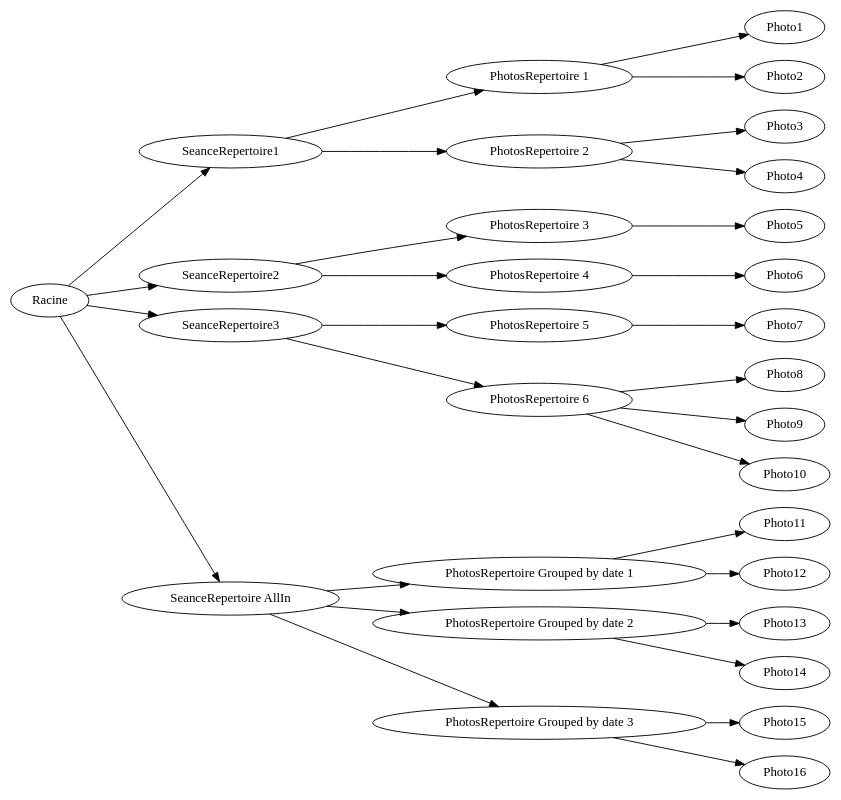
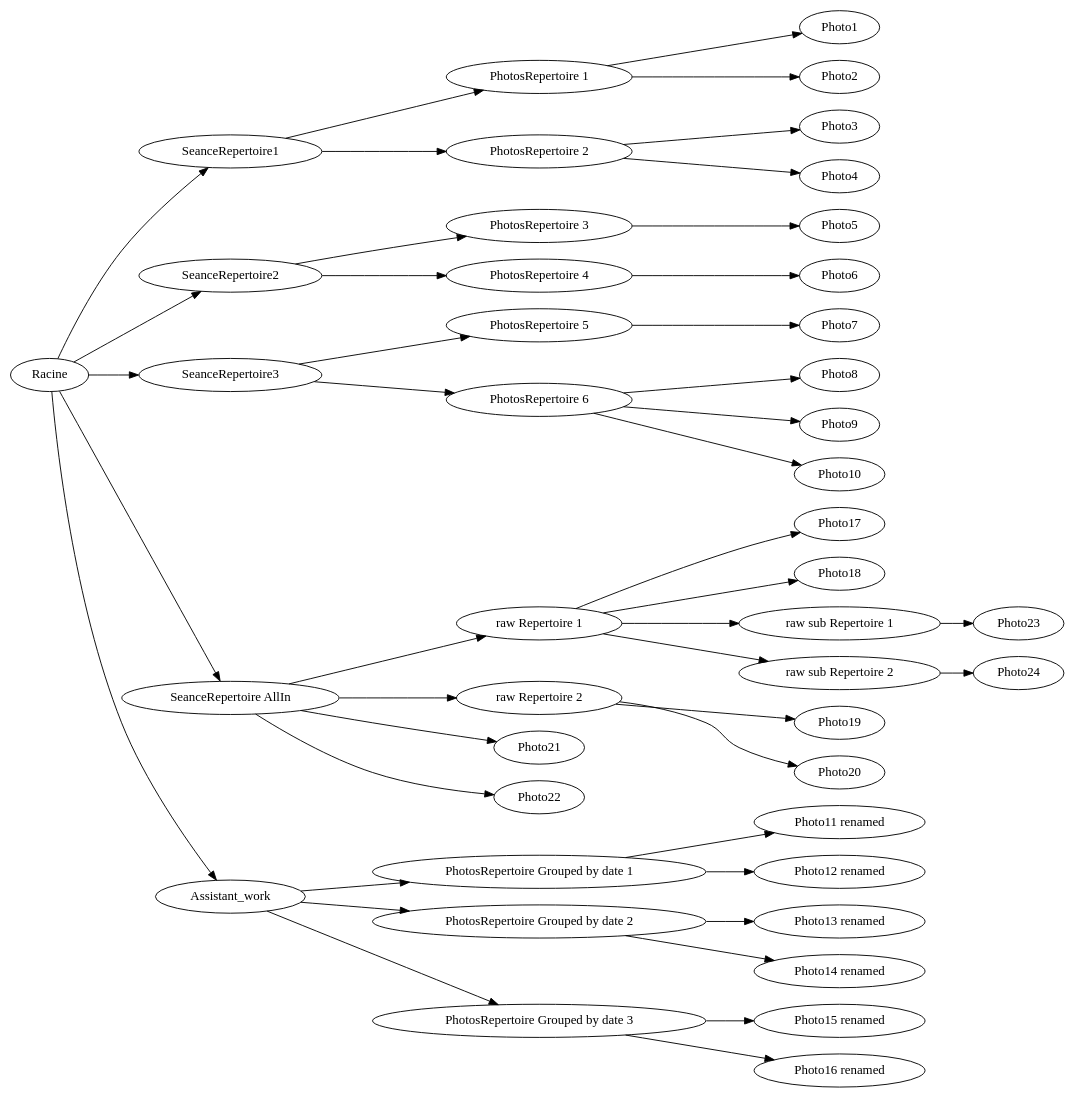
The diagram in AssistantPhoto/src/main/java/com/malicia/mrg/assistant/photo/repertoire/Structure_Repertoire_Photo.dot (maliciamrg/AssistantPhoto), drawn with Graphviz before and after one commit. The commit also changed 9 other files, not shown here.

Commit message:
reorg param + work_assistant

```diff
--- a/AssistantPhoto/src/main/java/com/malicia/mrg/assistant/photo/repertoire/Structure_Repertoire_Photo.dot
+++ b/AssistantPhoto/src/main/java/com/malicia/mrg/assistant/photo/repertoire/Structure_Repertoire_Photo.dot
@@ -1,34 +1,47 @@
 digraph repertoire_architecture {
     rankdir = LR;
 // Define edges between the components
 "Racine" -> "SeanceRepertoire1"
 "Racine" -> "SeanceRepertoire2"
 "Racine" -> "SeanceRepertoire3"
 "Racine" -> "SeanceRepertoire AllIn"
 "SeanceRepertoire1" -> "PhotosRepertoire 1"
 "SeanceRepertoire1" -> "PhotosRepertoire 2"
 "SeanceRepertoire2" -> "PhotosRepertoire 3"
 "SeanceRepertoire2" -> "PhotosRepertoire 4"
 "SeanceRepertoire3" -> "PhotosRepertoire 5"
 "SeanceRepertoire3" -> "PhotosRepertoire 6"
-"SeanceRepertoire AllIn" -> "PhotosRepertoire Grouped by date 1"
-"SeanceRepertoire AllIn" -> "PhotosRepertoire Grouped by date 2"
-"SeanceRepertoire AllIn" -> "PhotosRepertoire Grouped by date 3"
+"Racine" -> "Assistant_work"
+"Assistant_work" -> "PhotosRepertoire Grouped by date 1"
+"Assistant_work" -> "PhotosRepertoire Grouped by date 2"
+"Assistant_work" -> "PhotosRepertoire Grouped by date 3"
+"SeanceRepertoire AllIn" -> "raw Repertoire 1"
+"SeanceRepertoire AllIn" -> "raw Repertoire 2"
 "PhotosRepertoire 1" -> "Photo1"
 "PhotosRepertoire 1" -> "Photo2"
 "PhotosRepertoire 2" -> "Photo3"
 "PhotosRepertoire 2" -> "Photo4"
 "PhotosRepertoire 3" -> "Photo5"
 "PhotosRepertoire 4" -> "Photo6"
 "PhotosRepertoire 5" -> "Photo7"
 "PhotosRepertoire 6" -> "Photo8"
 "PhotosRepertoire 6" -> "Photo9"
 "PhotosRepertoire 6" -> "Photo10"
-"PhotosRepertoire Grouped by date 1" -> "Photo11"
-"PhotosRepertoire Grouped by date 1" -> "Photo12"
-"PhotosRepertoire Grouped by date 2" -> "Photo13"
-"PhotosRepertoire Grouped by date 2" -> "Photo14"
-"PhotosRepertoire Grouped by date 3" -> "Photo15"
-"PhotosRepertoire Grouped by date 3" -> "Photo16"
+"PhotosRepertoire Grouped by date 1" -> "Photo11 renamed"
+"PhotosRepertoire Grouped by date 1" -> "Photo12 renamed"
+"PhotosRepertoire Grouped by date 2" -> "Photo13 renamed"
+"PhotosRepertoire Grouped by date 2" -> "Photo14 renamed"
+"PhotosRepertoire Grouped by date 3" -> "Photo15 renamed"
+"PhotosRepertoire Grouped by date 3" -> "Photo16 renamed"
+"raw Repertoire 1" -> "Photo17"
+"raw Repertoire 1" -> "Photo18"
+"raw Repertoire 2" -> "Photo19"
+"raw Repertoire 2" -> "Photo20"
+"raw Repertoire 1" -> "raw sub Repertoire 1"
+"raw Repertoire 1" -> "raw sub Repertoire 2"
+"SeanceRepertoire AllIn" -> "Photo21"
+"SeanceRepertoire AllIn" -> "Photo22"
+"raw sub Repertoire 1" -> "Photo23"
+"raw sub Repertoire 2" -> "Photo24"
 
 }
```
